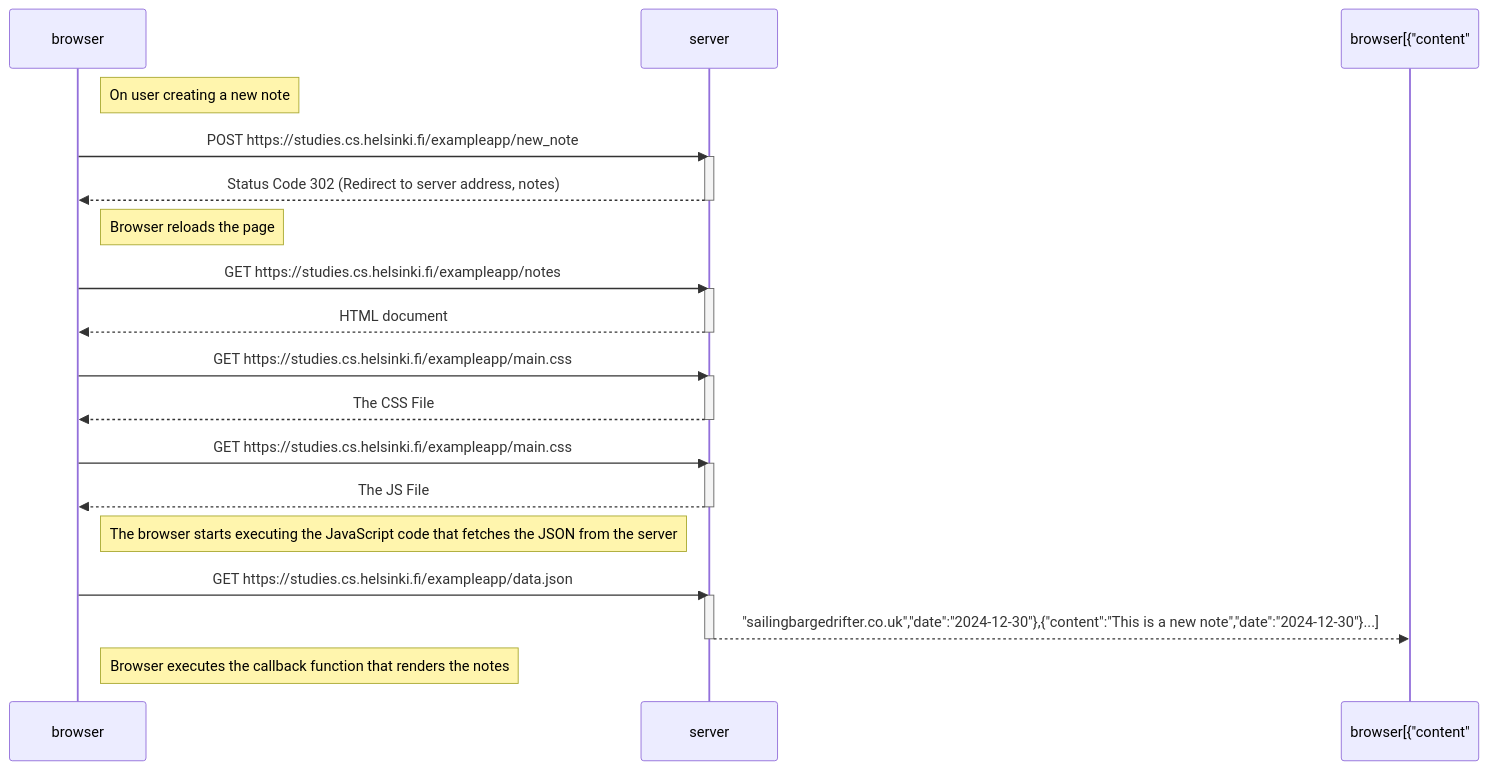
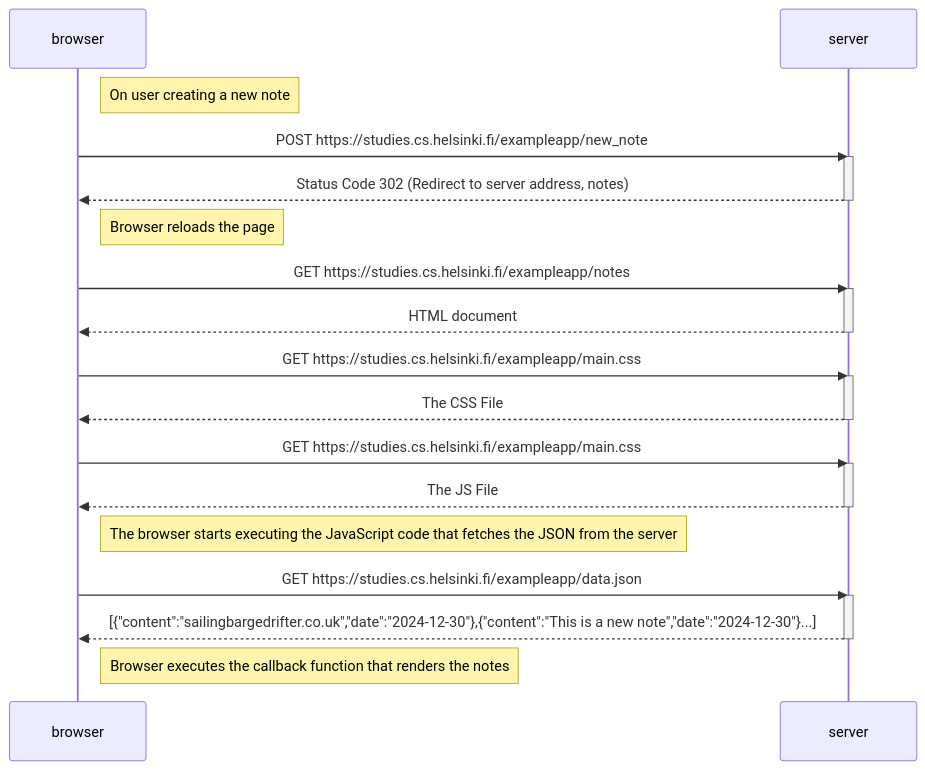
Before and after one commit to 18wchtr66/fullstackopen: the diagram in fullstackopen/part0/0_4.md, drawn with Mermaid.

````diff
--- a/fullstackopen/part0/0_4.md
+++ b/fullstackopen/part0/0_4.md
@@ -1,43 +1,43 @@
 ```mermaid
 
 sequenceDiagram
     participant browser
     participant server
 
     Note right of browser: On user creating a new note 
 
     browser->>server: POST https://studies.cs.helsinki.fi/exampleapp/new_note
     activate server
     server-->>browser: Status Code 302 (Redirect to server address, notes)
     deactivate server
 
     Note right of browser: Browser reloads the page
 
     browser->>server: GET https://studies.cs.helsinki.fi/exampleapp/notes
     activate server
     server-->>browser: HTML document
     deactivate server
 
     browser->>server: GET https://studies.cs.helsinki.fi/exampleapp/main.css
     activate server
     server-->>browser: The CSS File
     deactivate server
 
     browser->>server: GET https://studies.cs.helsinki.fi/exampleapp/main.css
     activate server
     server-->>browser: The JS File
     deactivate server
 
 
     Note right of browser: The browser starts executing the JavaScript code that fetches the JSON from the server    
 
 
     browser->>server: GET https://studies.cs.helsinki.fi/exampleapp/data.json
     activate server
-    server-->>browser[{"content":"sailingbargedrifter.co.uk","date":"2024-12-30"},{"content":"This is a new note","date":"2024-12-30"}...]
+    server-->>browser: [{"content":"sailingbargedrifter.co.uk","date":"2024-12-30"},{"content":"This is a new note","date":"2024-12-30"}...]
     deactivate server
     
 
     Note right of browser: Browser executes the callback function that renders the notes
 
 ```
````
